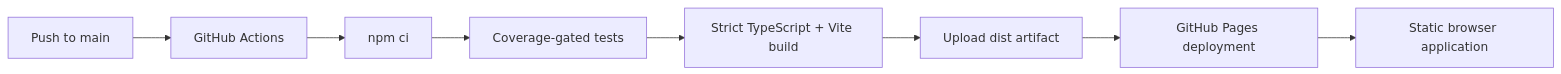
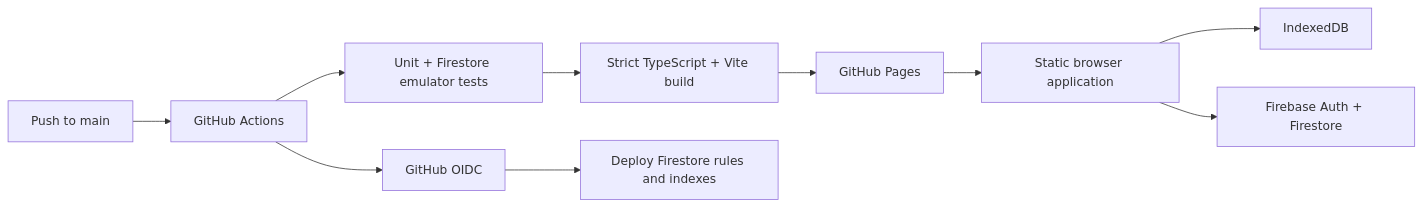
Before and after one commit to mikejhill/squarecast: the diagram in docs/operations.md, drawn with Mermaid. The commit also changed other lines of this file and 55 other files, not shown here.

````diff
--- a/docs/operations.md
+++ b/docs/operations.md
@@ -9,10 +10,12 @@
 ```mermaid
 flowchart LR
     A["Push to main"] --> B["GitHub Actions"]
-    B --> C["npm ci"]
-    C --> D["Coverage-gated tests"]
-    D --> E["Strict TypeScript + Vite build"]
-    E --> F["Upload dist artifact"]
-    F --> G["GitHub Pages deployment"]
-    G --> H["Static browser application"]
+    B --> C["Unit + Firestore emulator tests"]
+    C --> D["Strict TypeScript + Vite build"]
+    D --> E["GitHub Pages"]
+    B --> F["GitHub OIDC"]
+    F --> G["Deploy Firestore rules and indexes"]
+    E --> H["Static browser application"]
+    H --> I["IndexedDB"]
+    H --> J["Firebase Auth + Firestore"]
 ```
````
